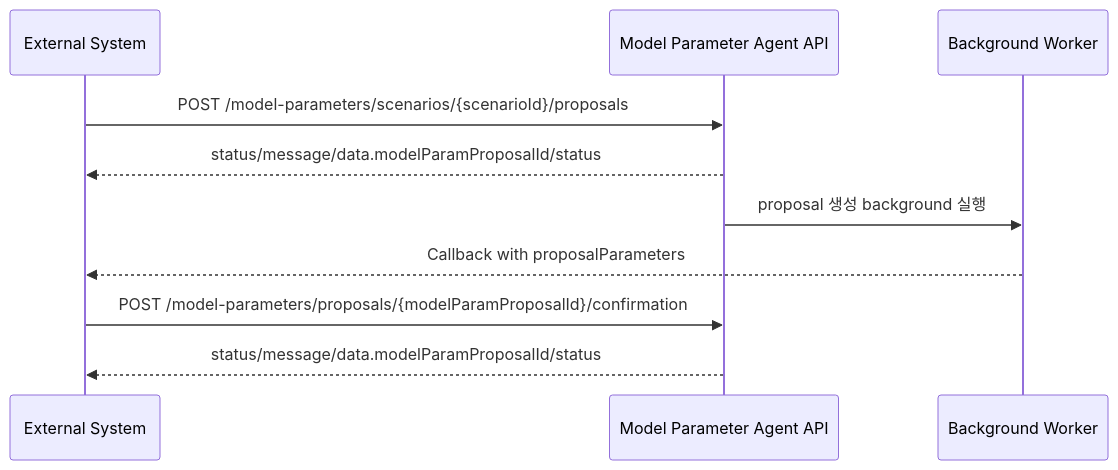
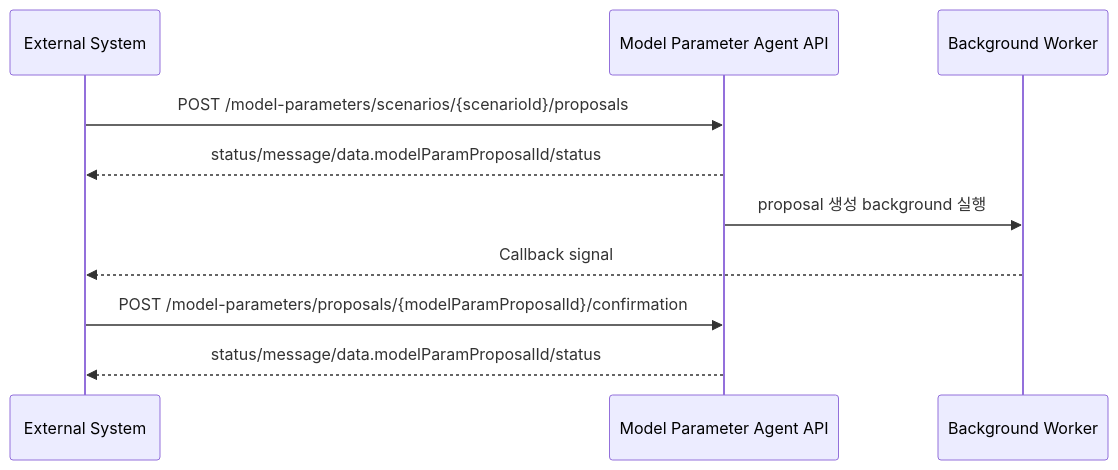
One commit to enkhbaatarL/skmip-mi-agent changed the diagram in apps/agents/model_parameter_agent/docs/MODEL_PARAMETER_AGENT_API_SPEC.md. Above: the diagram before and after it, drawn with Mermaid. The commit also changed other lines of this file and 15 other files, not shown here.

Commit message:
Update model parameter proposal flow

````diff
--- a/apps/agents/model_parameter_agent/docs/MODEL_PARAMETER_AGENT_API_SPEC.md
+++ b/apps/agents/model_parameter_agent/docs/MODEL_PARAMETER_AGENT_API_SPEC.md
@@ -76,13 +76,13 @@
 ```mermaid
 sequenceDiagram
     participant EXT as External System
     participant API as Model Parameter Agent API
     participant BG as Background Worker
 
     EXT->>API: POST /model-parameters/scenarios/{scenarioId}/proposals
     API-->>EXT: status/message/data.modelParamProposalId/status
     API->>BG: proposal 생성 background 실행
-    BG-->>EXT: Callback with proposalParameters
+    BG-->>EXT: Callback signal
     EXT->>API: POST /model-parameters/proposals/{modelParamProposalId}/confirmation
     API-->>EXT: status/message/data.modelParamProposalId/status
 ```
````
